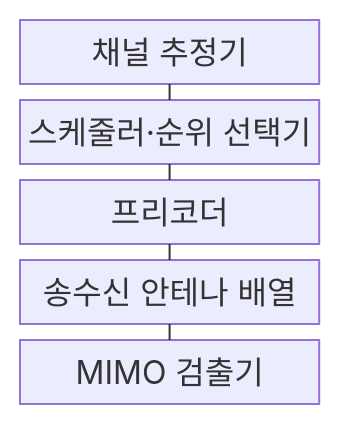
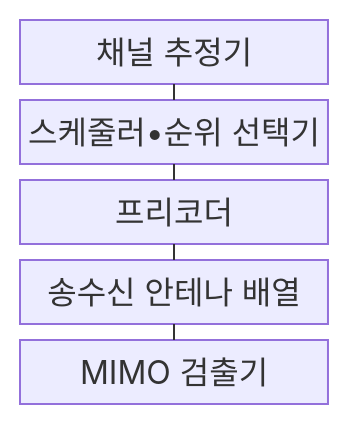
Before and after one commit to agnusdei1207/knowledge-base: the first of 2 diagrams in src/content/docs/notes/04-network/067_mimo_massive_mimo.md, drawn with Mermaid. The commit also changed other lines of this file and 953 other files, not shown here.

````diff
--- a/src/content/docs/notes/04-network/067_mimo_massive_mimo.md
+++ b/src/content/docs/notes/04-network/067_mimo_massive_mimo.md
@@ -68,13 +68,13 @@
 ```mermaid
 block-beta
     columns 1
     A["채널 추정기"]
-    B["스케줄러·순위 선택기"]
+    B["스케줄러•순위 선택기"]
     C["프리코더"]
     D["송수신 안테나 배열"]
     E["MIMO 검출기"]
     A --- B
     B --- C
     C --- D
     D --- E
 ```
````
